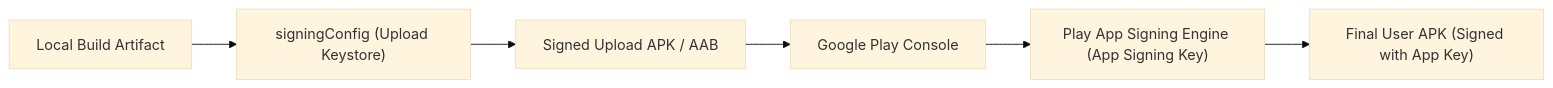
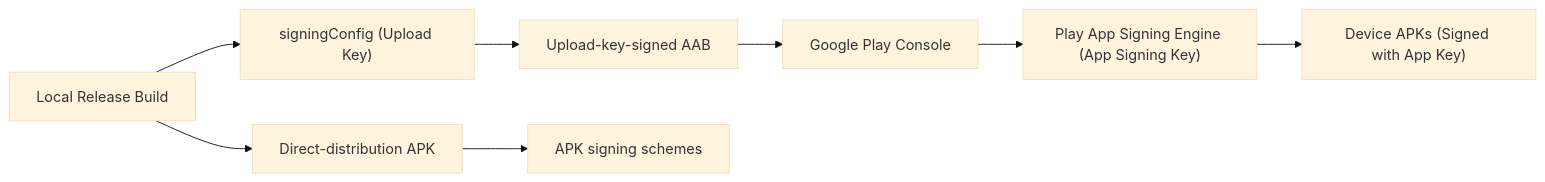
The diagram in 01_inbox/mobile/android/03_packaging_deployment/build/gradle/gradle-build-contracts/signing-config-connects-local-signing-and-play-release-identity.md (youngmin-gwon/what-i-studied), drawn with Mermaid (base theme) before and after one commit. The commit also changed other lines of this file and 89 other files, not shown here.

````diff
--- a/01_inbox/mobile/android/03_packaging_deployment/build/gradle/gradle-build-contracts/signing-config-connects-local-signing-and-play-release-identity.md
+++ b/01_inbox/mobile/android/03_packaging_deployment/build/gradle/gradle-build-contracts/signing-config-connects-local-signing-and-play-release-identity.md
@@ -25,8 +25,10 @@
 ```mermaid
 flowchart LR
-    LocalBuild["Local Build Artifact"] --> LocalSigning["signingConfig (Upload Keystore)"]
-    LocalSigning --> SignedUploadAPK["Signed Upload APK / AAB"]
-    SignedUploadAPK --> PlayConsole["Google Play Console"]
+    LocalBuild["Local Release Build"] --> LocalSigning["signingConfig (Upload Key)"]
+    LocalSigning --> SignedAAB["Upload-key-signed AAB"]
+    SignedAAB --> PlayConsole["Google Play Console"]
     PlayConsole --> PlaySigning["Play App Signing Engine (App Signing Key)"]
-    PlaySigning --> FinalAPK["Final User APK (Signed with App Key)"]
+    PlaySigning --> FinalAPK["Device APKs (Signed with App Key)"]
+    LocalBuild --> DirectAPK["Direct-distribution APK"]
+    DirectAPK --> APKSigning["APK signing schemes"]
 ```
````
